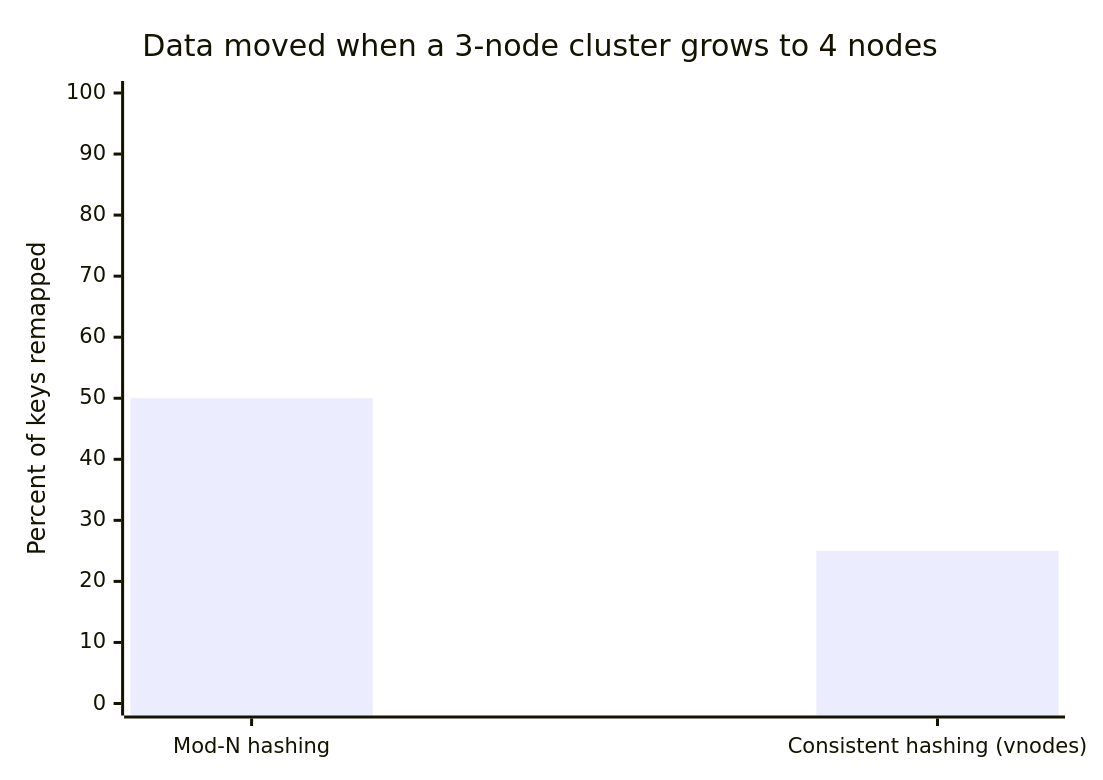
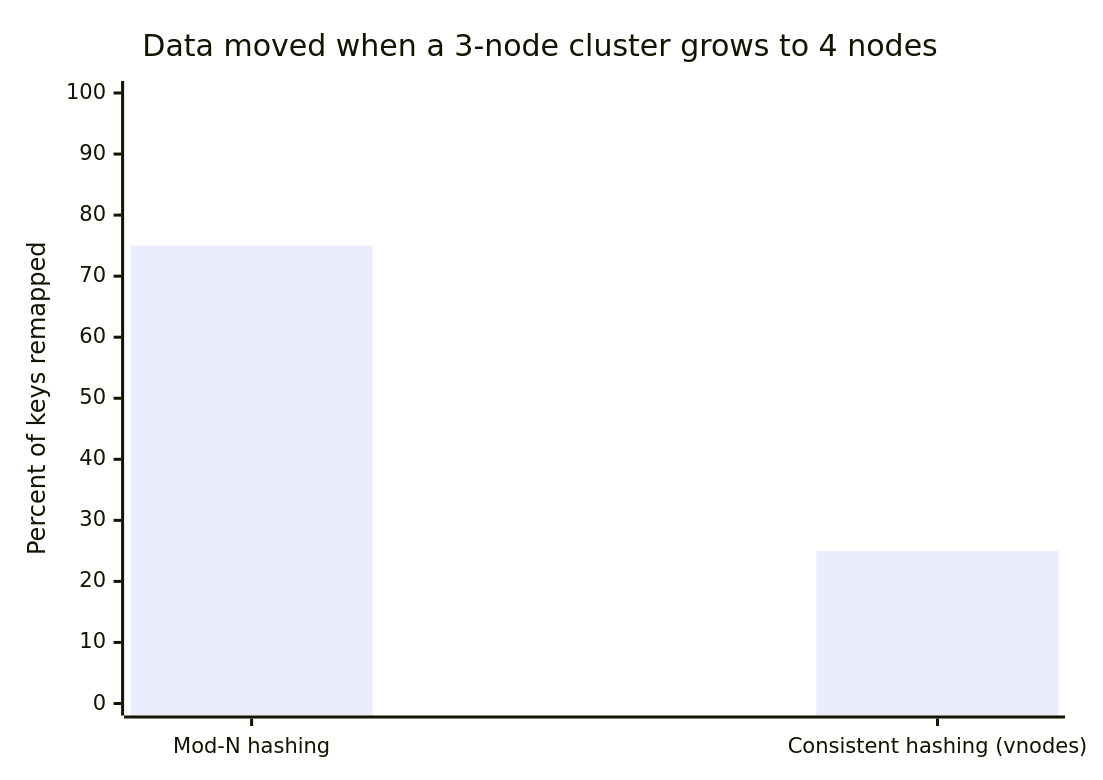
One commit to rppol/system-design changed the second of 6 diagrams in src/main/java/com/rutik/systemdesign/database/sharding_and_partitioning/README.md. Above: the diagram before and after it, drawn with Mermaid. The commit also changed other lines of this file and 4 other files, not shown here.

````diff
--- a/src/main/java/com/rutik/systemdesign/database/sharding_and_partitioning/README.md
+++ b/src/main/java/com/rutik/systemdesign/database/sharding_and_partitioning/README.md
@@ -108,7 +108,7 @@
 ```mermaid
 xychart-beta
     title "Data moved when a 3-node cluster grows to 4 nodes"
     x-axis ["Mod-N hashing", "Consistent hashing (vnodes)"]
     y-axis "Percent of keys remapped" 0 --> 100
-    bar [50, 25]
+    bar [75, 25]
 ```
````
